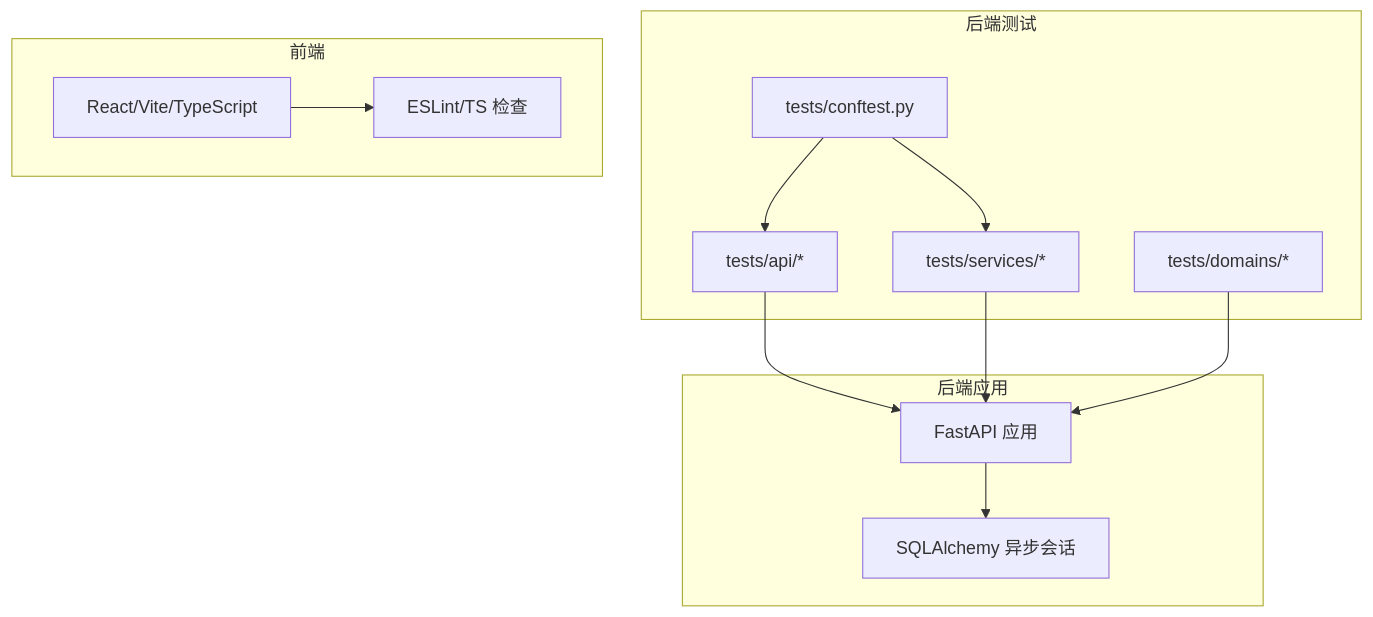
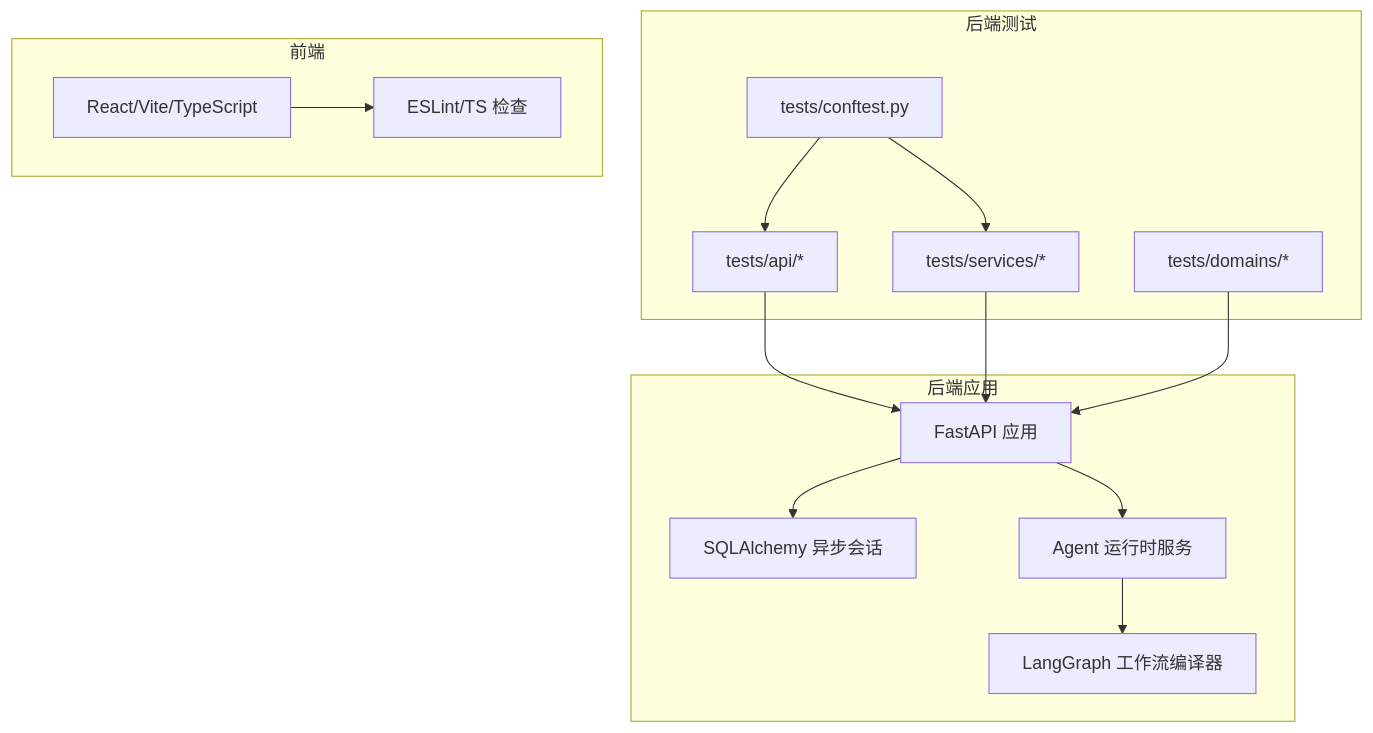
Before and after one commit to javelin-dot/llmine-quant: the first of 7 diagrams in .qoder/repowiki/zh/content/测试与质量保证/测试与质量保证.md, drawn with Mermaid. The commit also changed other lines of this file and 19 other files, not shown here.

````diff
--- a/.qoder/repowiki/zh/content/测试与质量保证/测试与质量保证.md
+++ b/.qoder/repowiki/zh/content/测试与质量保证/测试与质量保证.md
@@ -39,24 +56,28 @@
 ```mermaid
 graph TB
 subgraph "后端测试"
 A["tests/api/*"]
 B["tests/services/*"]
 C["tests/domains/*"]
 D["tests/conftest.py"]
 end
 subgraph "后端应用"
 E["FastAPI 应用"]
 F["SQLAlchemy 异步会话"]
+G["Agent 运行时服务"]
+H["LangGraph 工作流编译器"]
 end
 subgraph "前端"
-G["React/Vite/TypeScript"]
-H["ESLint/TS 检查"]
+I["React/Vite/TypeScript"]
+J["ESLint/TS 检查"]
 end
 A --> E
 B --> E
 C --> E
 D --> A
 D --> B
 E --> F
+E --> G
 G --> H
+I --> J
 ```
````
